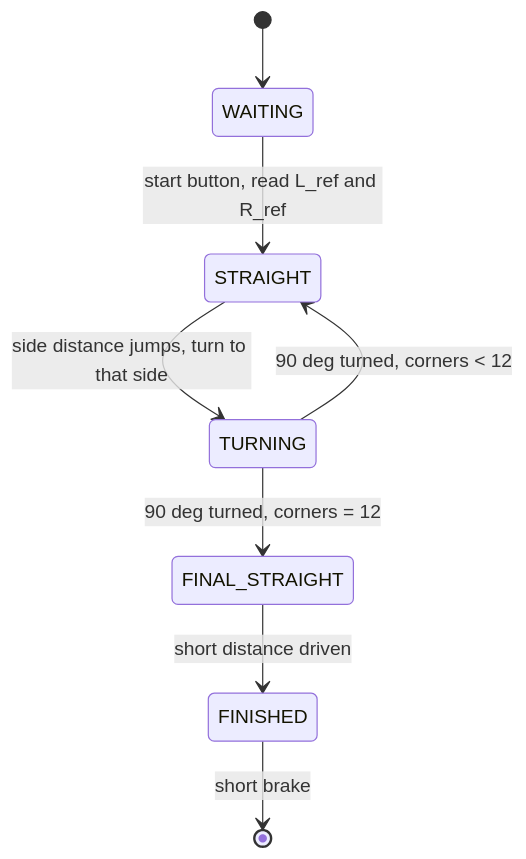
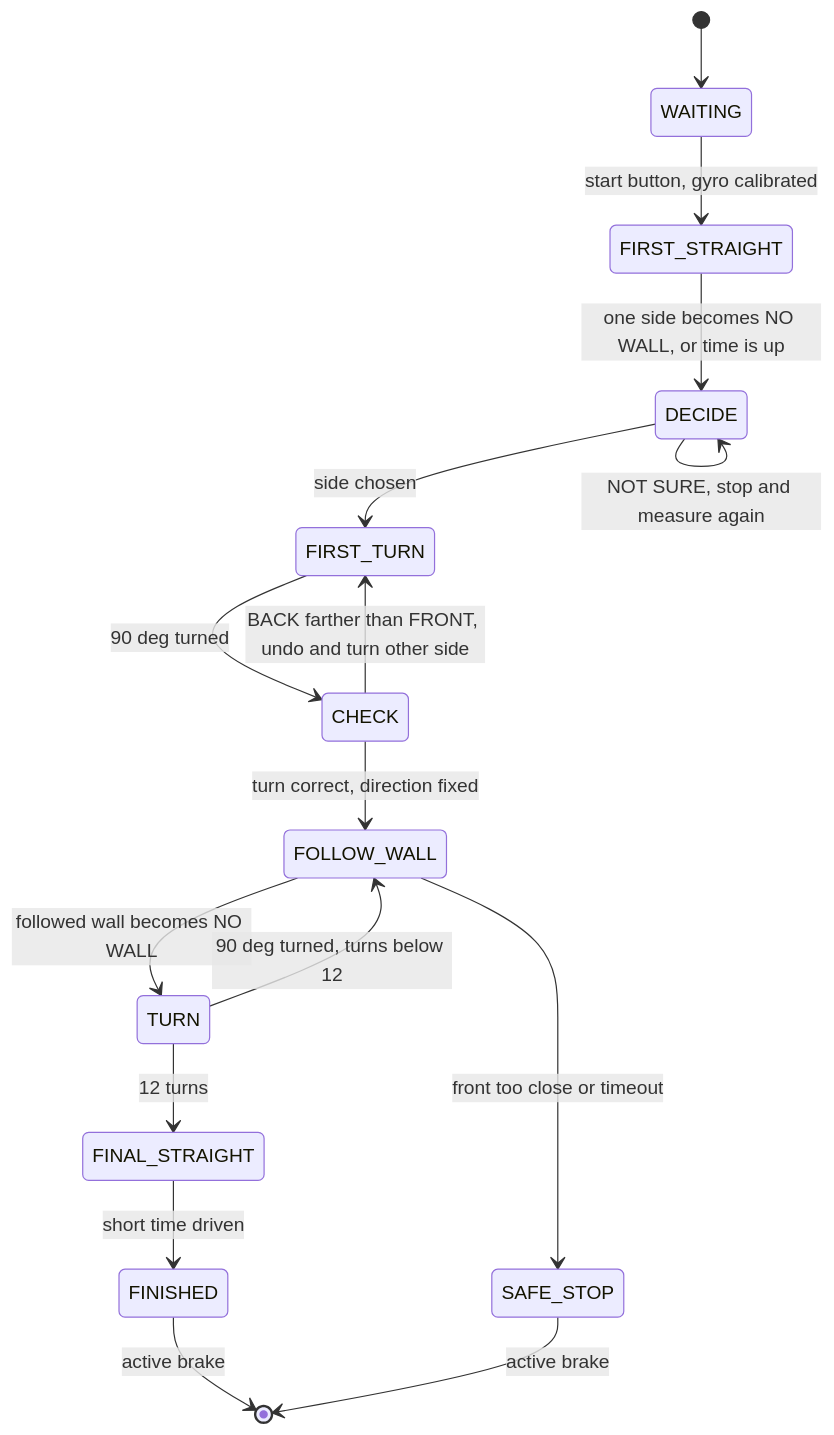
One commit to henryalejandrorieraloza-sudo/WRO-2026-Future-Engineers-Journal changed the second of 2 diagrams in README.md. Above: the diagram before and after it, drawn with Mermaid. The commit also changed other lines of this file and 5 other files, not shown here.

First line of the commit message:
v1.2: side TOF could not see the black wall -> straight sensors, ROI 16x8, simpler and safer algorithm

````diff
--- a/README.md
+++ b/README.md
@@ -338,10 +348,18 @@
 ```mermaid
 stateDiagram-v2
     [*] --> WAITING
-    WAITING --> STRAIGHT: start button, read L_ref and R_ref
-    STRAIGHT --> TURNING: side distance jumps, turn to that side
-    TURNING --> STRAIGHT: 90 deg turned, corners < 12
-    TURNING --> FINAL_STRAIGHT: 90 deg turned, corners = 12
-    FINAL_STRAIGHT --> FINISHED: short distance driven
-    FINISHED --> [*]: short brake
+    WAITING --> FIRST_STRAIGHT: start button, gyro calibrated
+    FIRST_STRAIGHT --> DECIDE: one side becomes NO WALL, or time is up
+    DECIDE --> DECIDE: NOT SURE, stop and measure again
+    DECIDE --> FIRST_TURN: side chosen
+    FIRST_TURN --> CHECK: 90 deg turned
+    CHECK --> FIRST_TURN: BACK farther than FRONT, undo and turn other side
+    CHECK --> FOLLOW_WALL: turn correct, direction fixed
+    FOLLOW_WALL --> TURN: followed wall becomes NO WALL
+    TURN --> FOLLOW_WALL: 90 deg turned, turns below 12
+    TURN --> FINAL_STRAIGHT: 12 turns
+    FOLLOW_WALL --> SAFE_STOP: front too close or timeout
+    FINAL_STRAIGHT --> FINISHED: short time driven
+    FINISHED --> [*]: active brake
+    SAFE_STOP --> [*]: active brake
 ```
````
